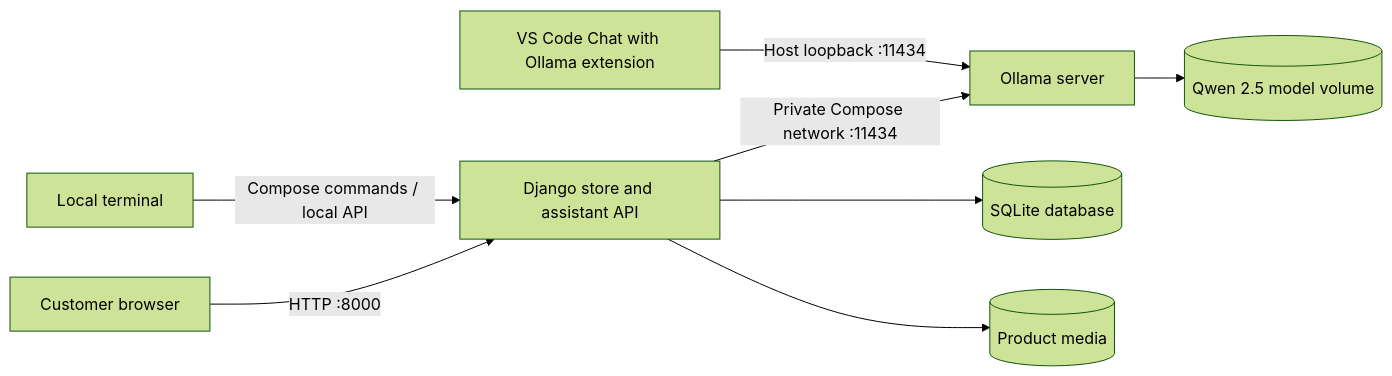
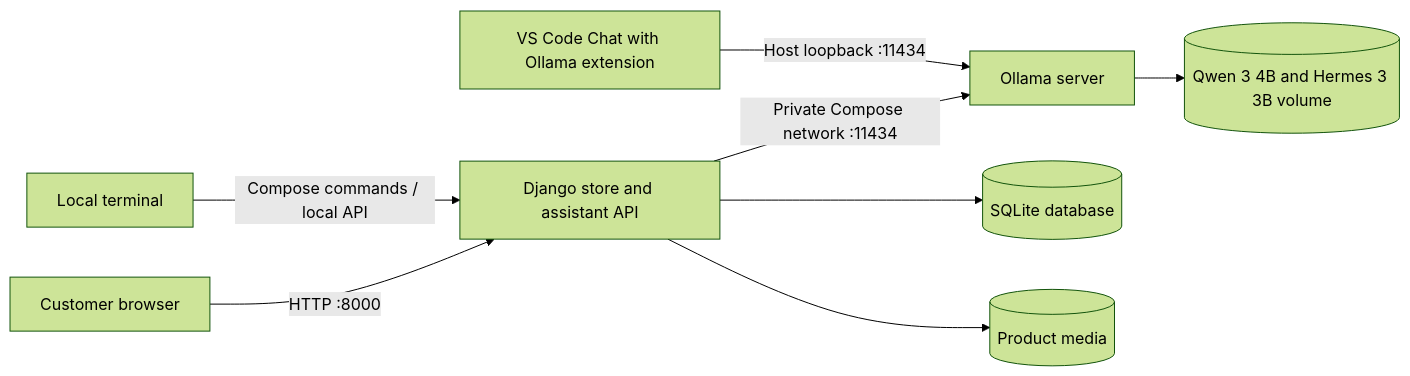
One commit to ni0ss/perfume-project-web-programing changed the diagram in docs/architecture.md. Above: the diagram before and after it, drawn with Mermaid (forest theme). The commit also changed other lines of this file and 7 other files, not shown here.

````diff
--- a/docs/architecture.md
+++ b/docs/architecture.md
@@ -7,10 +7,10 @@
 ```mermaid
 flowchart LR
     Browser[Customer browser] -->|HTTP :8000| Django[Django store and assistant API]
     Django -->|Private Compose network :11434| Ollama[Ollama server]
-    Ollama --> Models[(Qwen 2.5 model volume)]
+    Ollama --> Models[(Qwen 3 4B and Hermes 3 3B volume)]
     Django --> DB[(SQLite database)]
     Django --> Media[(Product media)]
     VSCode[VS Code Chat with Ollama extension] -->|Host loopback :11434| Ollama
     Terminal[Local terminal] -->|Compose commands / local API| Django
 ```
````
